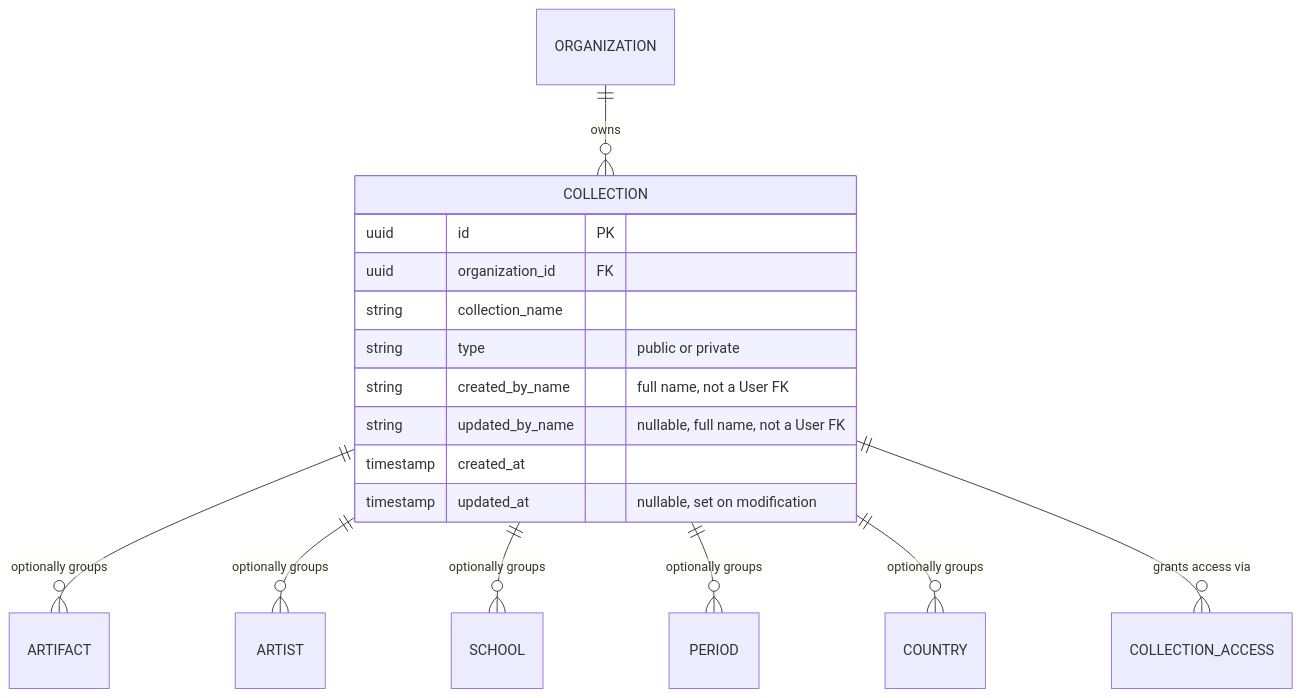
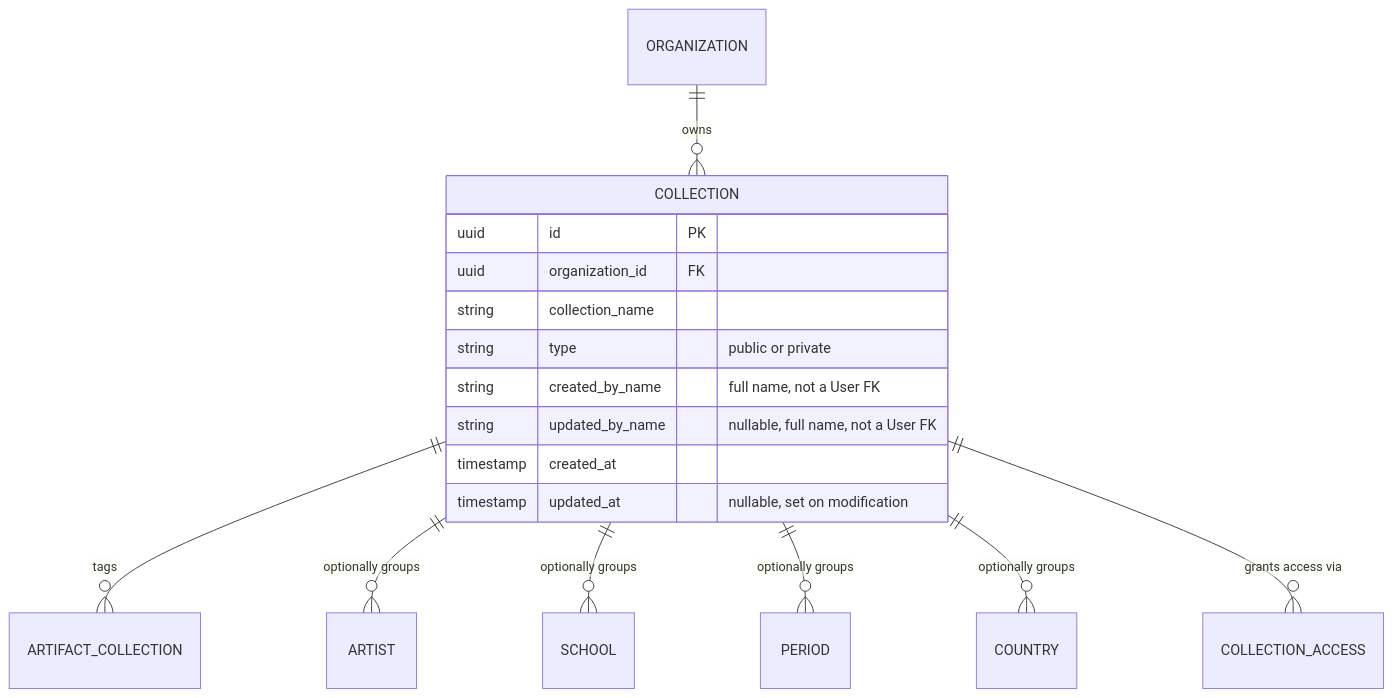
One commit to gdavydov/Artium-AI changed the third of 16 diagrams in Artium-Gallery_Design_Document.md. Above: the diagram before and after it, drawn with Mermaid. The commit also changed other lines of this file and 5 other files, not shown here.

````diff
--- a/Artium-Gallery_Design_Document.md
+++ b/Artium-Gallery_Design_Document.md
@@ -1017,21 +1061,21 @@
 ```mermaid
 erDiagram
-  COLLECTION ||--o{ ARTIFACT : "optionally groups"
+  COLLECTION ||--o{ ARTIFACT_COLLECTION : "tags"
   COLLECTION ||--o{ ARTIST : "optionally groups"
   COLLECTION ||--o{ SCHOOL : "optionally groups"
   COLLECTION ||--o{ PERIOD : "optionally groups"
   COLLECTION ||--o{ COUNTRY : "optionally groups"
   ORGANIZATION ||--o{ COLLECTION : "owns"
   COLLECTION ||--o{ COLLECTION_ACCESS : "grants access via"
 
   COLLECTION {
     uuid id PK
     uuid organization_id FK
     string collection_name
     string type "public or private"
     string created_by_name "full name, not a User FK"
     string updated_by_name "nullable, full name, not a User FK"
     timestamp created_at
     timestamp updated_at "nullable, set on modification"
   }
 ```
````
